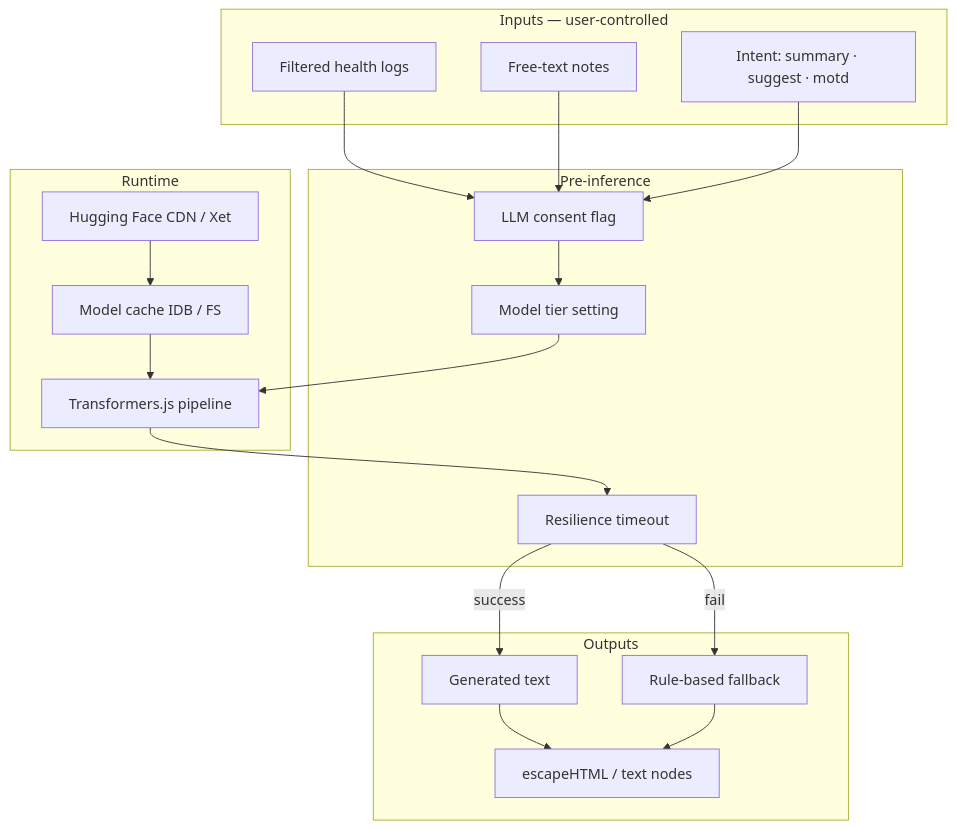
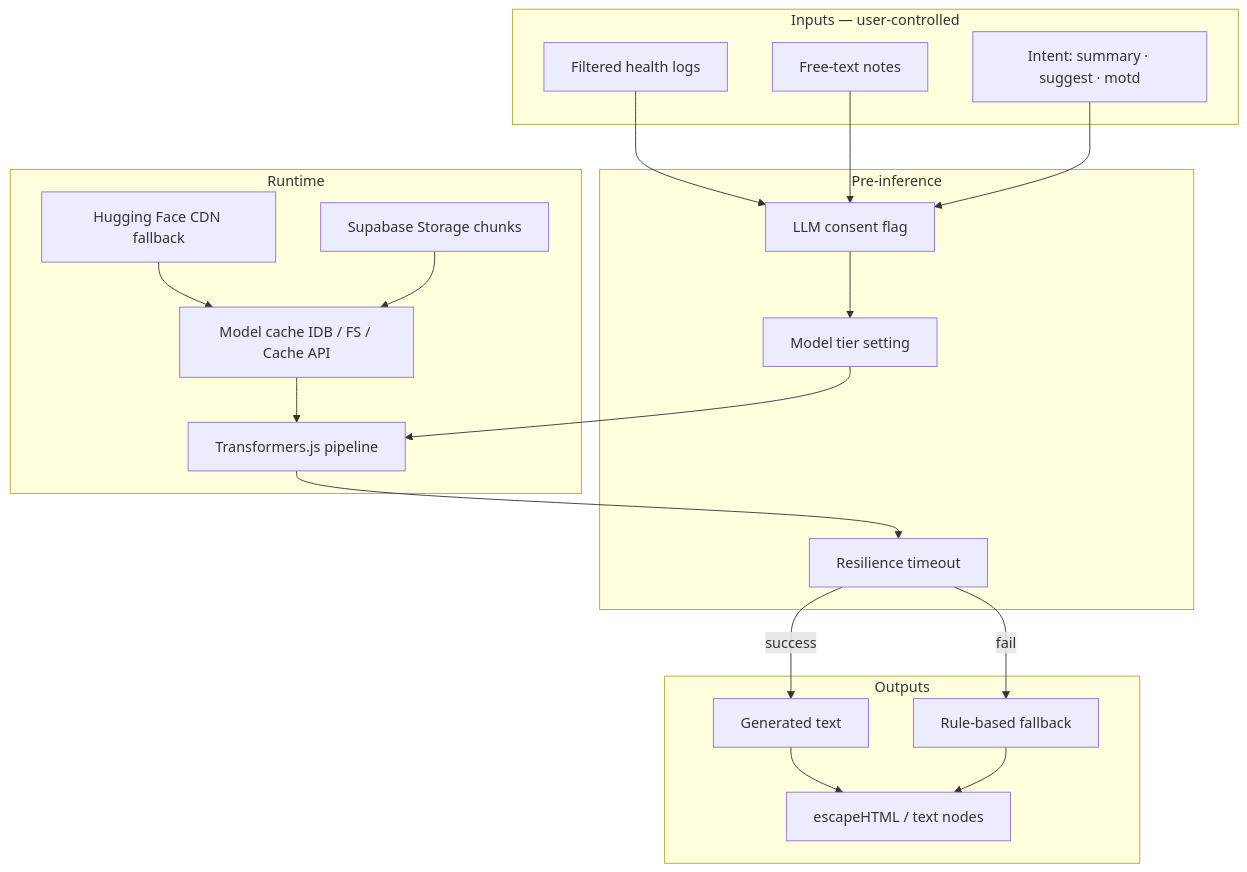
One commit to Metaheurist/Rianell changed the diagram in docs/ai-security.md. Above: the diagram before and after it, drawn with Mermaid. The commit also changed other lines of this file and 11 other files, not shown here.

````diff
--- a/docs/ai-security.md
+++ b/docs/ai-security.md
@@ -25,38 +25,40 @@
 ```mermaid
 flowchart TB
   subgraph inputs [Inputs — user-controlled]
     Logs[Filtered health logs]
     Notes[Free-text notes]
     Intent[Intent: summary · suggest · motd]
   end
 
   subgraph guard [Pre-inference]
     Consent[LLM consent flag]
     Tier[Model tier setting]
     Timeout[Resilience timeout]
   end
 
   subgraph runtime [Runtime]
     TJ[Transformers.js pipeline]
-    Cache[Model cache IDB / FS]
-    HF[Hugging Face CDN / Xet]
+    Cache[Model cache IDB / FS / Cache API]
+    SB[Supabase Storage chunks]
+    HF[Hugging Face CDN fallback]
   end
 
   subgraph outputs [Outputs]
     Text[Generated text]
     Fallback[Rule-based fallback]
     UI[escapeHTML / text nodes]
   end
 
   Logs --> Consent
   Notes --> Consent
   Intent --> Consent
   Consent --> Tier
   Tier --> TJ
   HF --> Cache --> TJ
+  SB --> Cache
   TJ --> Timeout
   Timeout -->|success| Text
   Timeout -->|fail| Fallback
   Text --> UI
   Fallback --> UI
 ```
````
